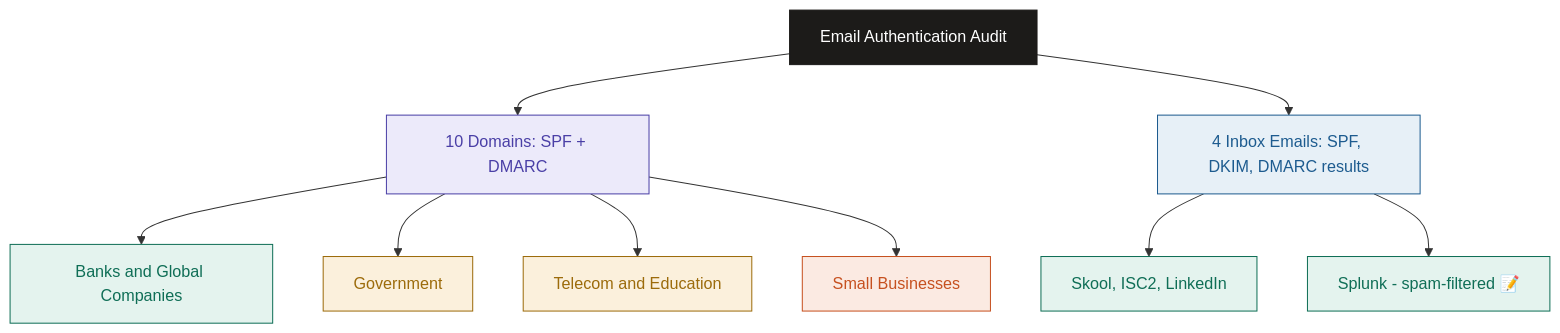
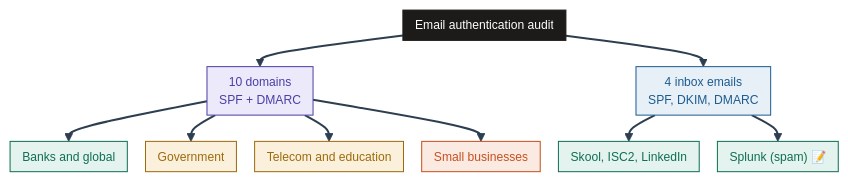
Before and after one commit to malaika-azhar/Real-World-Tier2-Support-Projects: the first of 7 diagrams in project-2-live-email-security-audit/README.md, drawn with Mermaid. The commit also changed other lines of this file, not shown here.

````diff
--- a/project-2-live-email-security-audit/README.md
+++ b/project-2-live-email-security-audit/README.md
@@ -66,21 +66,20 @@
 ```mermaid
+%%{init: {'theme': 'base', 'themeVariables': {'fontSize': '12px'}, 'flowchart': {'nodeSpacing': 18, 'rankSpacing': 26, 'padding': 6}}}%%
 flowchart TD
-    R[Email Authentication Audit]:::root --> D1[10 Domains: SPF + DMARC]:::d1
-    R --> D2[4 Inbox Emails: SPF, DKIM, DMARC results]:::d2
-
-    D1 --> C1[Banks and Global Companies]:::strong
-    D1 --> C2[Government]:::moderate
-    D1 --> C3[Telecom and Education]:::moderate
-    D1 --> C4[Small Businesses]:::weak
-
-    D2 --> H1[Skool, ISC2, LinkedIn]:::pass
-    D2 --> H2[Splunk - spam-filtered 📝]:::pass
-
-    classDef root fill:#1C1B19,stroke:#1C1B19,color:#fff
+    R["Email authentication audit"]:::root --> D1["10 domains<br/>SPF + DMARC"]:::d1
+    R --> D2["4 inbox emails<br/>SPF, DKIM, DMARC"]:::d2
+    D1 --> C1["Banks and global"]:::strong
+    D1 --> C2["Government"]:::moderate
+    D1 --> C3["Telecom and education"]:::moderate
+    D1 --> C4["Small businesses"]:::weak
+    D2 --> H1["Skool, ISC2, LinkedIn"]:::pass
+    D2 --> H2["Splunk (spam) 📝"]:::pass
+    classDef root fill:#1C1B19,stroke:#1C1B19,color:#FFFFFF
+    classDef d1 fill:#ECEAFA,stroke:#4A3FA6,color:#4A3FA6
+    classDef d2 fill:#E7F0F7,stroke:#1D5B8F,color:#1D5B8F
     classDef strong fill:#E4F3EE,stroke:#0F6E56,color:#0F6E56
     classDef moderate fill:#FBF0DC,stroke:#9C6B0B,color:#9C6B0B
     classDef weak fill:#FBEAE2,stroke:#C6501F,color:#C6501F
-    classDef d1 fill:#ECEAFA,stroke:#4A3FA6,color:#4A3FA6
-    classDef d2 fill:#E7F0F7,stroke:#1D5B8F,color:#1D5B8F
     classDef pass fill:#E4F3EE,stroke:#0F6E56,color:#0F6E56
+    linkStyle default stroke:#2C3E50,stroke-width:2px
 ```
````
